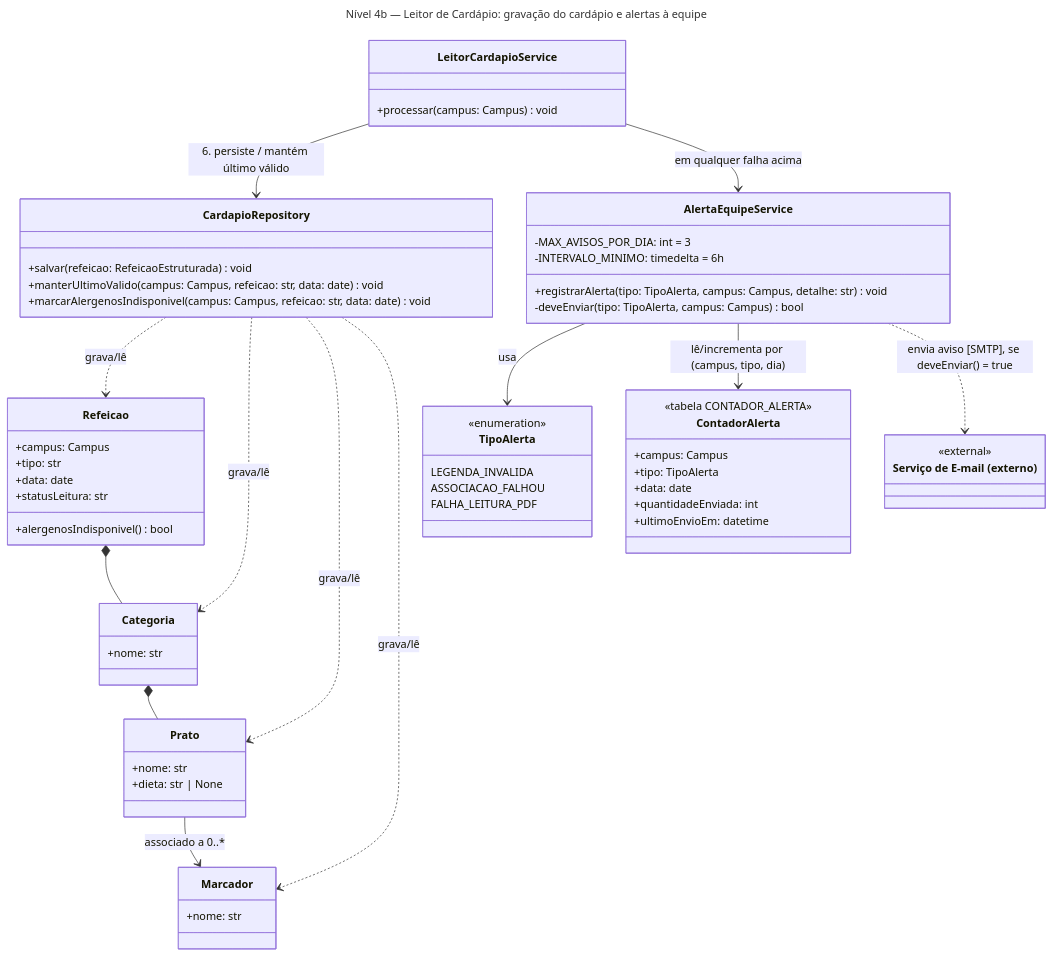
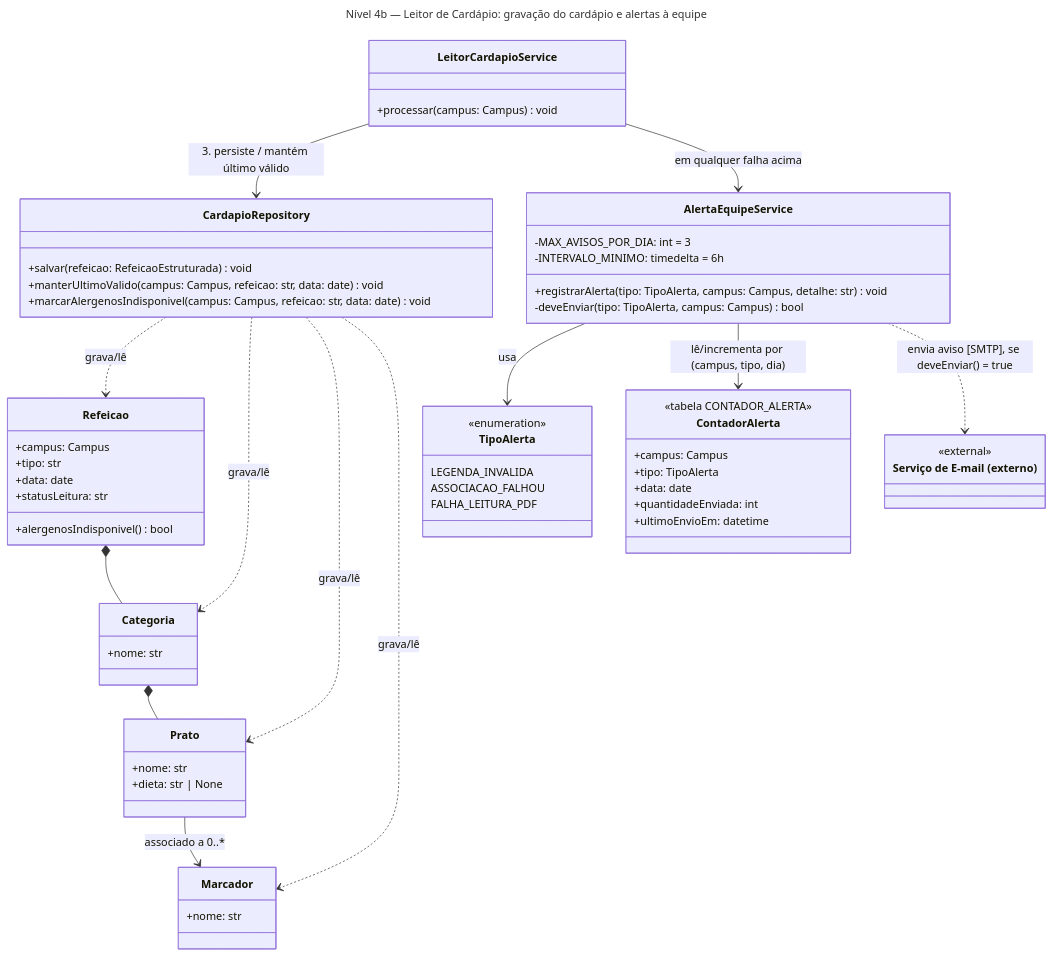
The second of 3 diagrams in docs/arquitetura/backend/c4-nivel-4-leitor-cardapio.md (unb-mds/2026-2-Bandejao-UnB), drawn with Mermaid before and after one commit. The commit also changed other lines of this file and 13 other files, not shown here.

````diff
--- a/docs/arquitetura/backend/c4-nivel-4-leitor-cardapio.md
+++ b/docs/arquitetura/backend/c4-nivel-4-leitor-cardapio.md
@@ -139,67 +162,67 @@
 ```mermaid
 ---
 title: "Nível 4b — Leitor de Cardápio: gravação do cardápio e alertas à equipe"
 ---
 classDiagram
   class LeitorCardapioService {
     +processar(campus: Campus) void
   }
   class CardapioRepository {
     +salvar(refeicao: RefeicaoEstruturada) void
     +manterUltimoValido(campus: Campus, refeicao: str, data: date) void
     +marcarAlergenosIndisponivel(campus: Campus, refeicao: str, data: date) void
   }
   class Refeicao {
     +campus: Campus
     +tipo: str
     +data: date
     +statusLeitura: str
     +alergenosIndisponivel() bool
   }
   class Categoria {
     +nome: str
   }
   class Prato {
     +nome: str
     +dieta: str | None
   }
   class Marcador {
     +nome: str
   }
   class AlertaEquipeService {
     +registrarAlerta(tipo: TipoAlerta, campus: Campus, detalhe: str) void
     -deveEnviar(tipo: TipoAlerta, campus: Campus) bool
     -MAX_AVISOS_POR_DIA: int = 3
     -INTERVALO_MINIMO: timedelta = 6h
   }
   class TipoAlerta {
     <<enumeration>>
     LEGENDA_INVALIDA
     ASSOCIACAO_FALHOU
     FALHA_LEITURA_PDF
   }
   class ContadorAlerta {
     <<tabela CONTADOR_ALERTA>>
     +campus: Campus
     +tipo: TipoAlerta
     +data: date
     +quantidadeEnviada: int
     +ultimoEnvioEm: datetime
   }
   class EmailSvc["Serviço de E-mail (externo)"] {
     <<external>>
   }
 
-  LeitorCardapioService --> CardapioRepository : 6. persiste / mantém último válido
+  LeitorCardapioService --> CardapioRepository : 3. persiste / mantém último válido
   LeitorCardapioService --> AlertaEquipeService : em qualquer falha acima
   AlertaEquipeService --> TipoAlerta : usa
   AlertaEquipeService --> ContadorAlerta : lê/incrementa por (campus, tipo, dia)
   AlertaEquipeService ..> EmailSvc : envia aviso [SMTP], se deveEnviar() = true
   CardapioRepository ..> Refeicao : grava/lê
   CardapioRepository ..> Categoria : grava/lê
   CardapioRepository ..> Prato : grava/lê
   CardapioRepository ..> Marcador : grava/lê
   Refeicao *-- Categoria
   Categoria *-- Prato
   Prato --> Marcador : associado a 0..*
 ```
````
